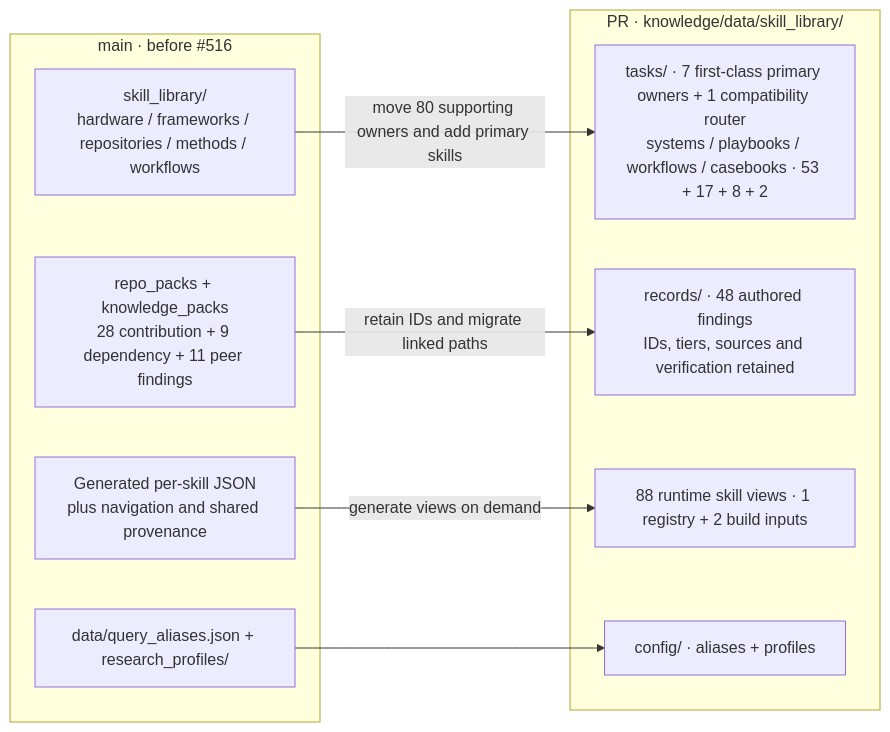
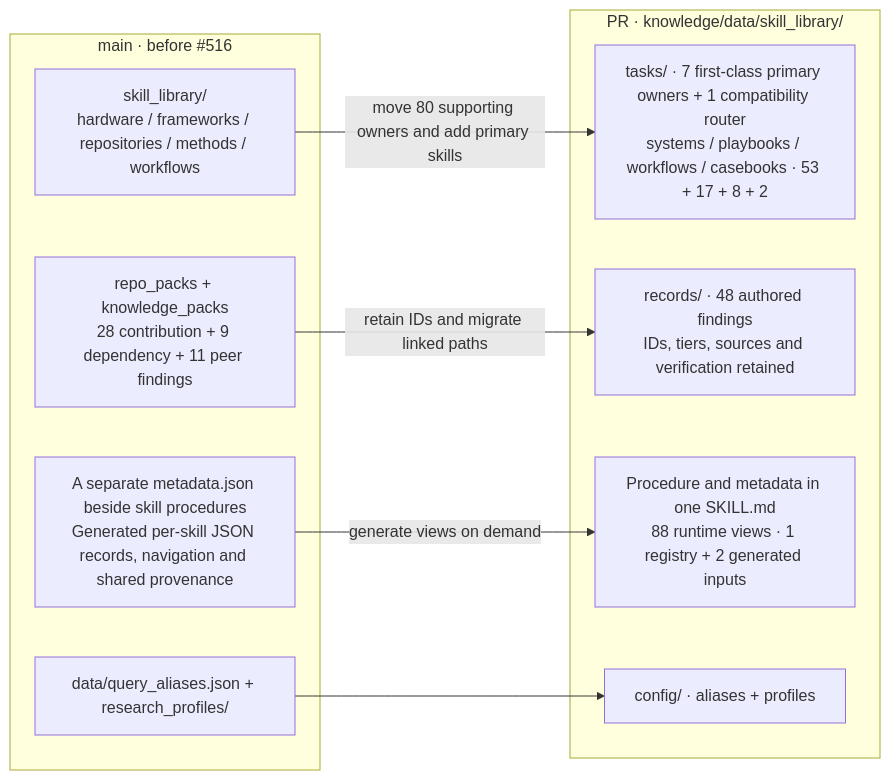
Before and after one commit to InferMatrixLab/InferRSI: the fourth of 4 diagrams in docs/knowledge-layout.md, drawn with Mermaid. The commit also changed other lines of this file and 72 other files, not shown here.

````diff
--- a/docs/knowledge-layout.md
+++ b/docs/knowledge-layout.md
@@ -71,19 +71,19 @@
 ```mermaid
 flowchart LR
     subgraph OLD["main · before #516"]
         A["skill_library/<br/>hardware / frameworks / repositories / methods / workflows"]
         B["repo_packs + knowledge_packs<br/>28 contribution + 9 dependency + 11 peer findings"]
-        C["Generated per-skill JSON<br/>plus navigation and shared provenance"]
+        C["A separate metadata.json beside skill procedures<br/>Generated per-skill JSON records, navigation and shared provenance"]
         D["data/query_aliases.json + research_profiles/"]
     end
     subgraph NEW["PR · knowledge/data/skill_library/"]
         N["tasks/ · 7 first-class primary owners + 1 compatibility router<br/>systems / playbooks / workflows / casebooks · 53 + 17 + 8 + 2"]
         R["records/ · 48 authored findings<br/>IDs, tiers, sources and verification retained"]
-        V["88 runtime skill views · 1 registry + 2 build inputs"]
+        V["Procedure and metadata in one SKILL.md<br/>88 runtime views · 1 registry + 2 generated inputs"]
         P["config/ · aliases + profiles"]
     end
     A -->|move 80 supporting owners and add primary skills| N
     B -->|retain IDs and migrate linked paths| R
     C -->|generate views on demand| V
     D --> P
 ```
````
